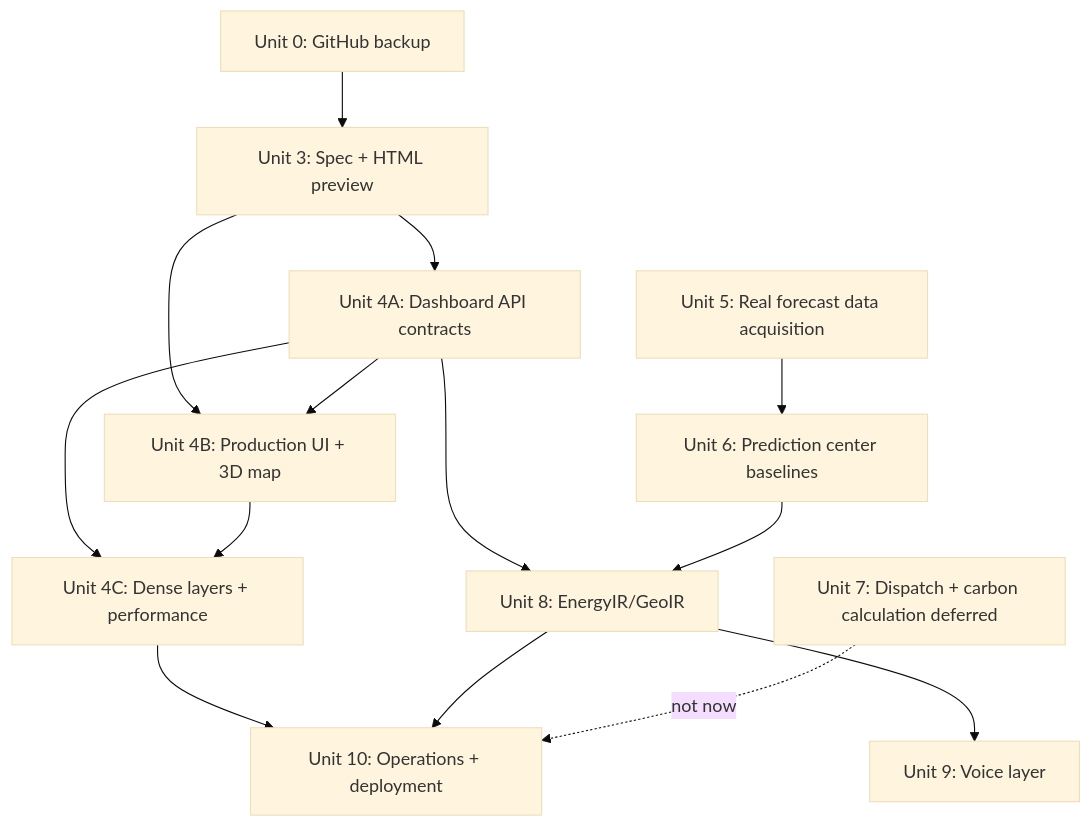
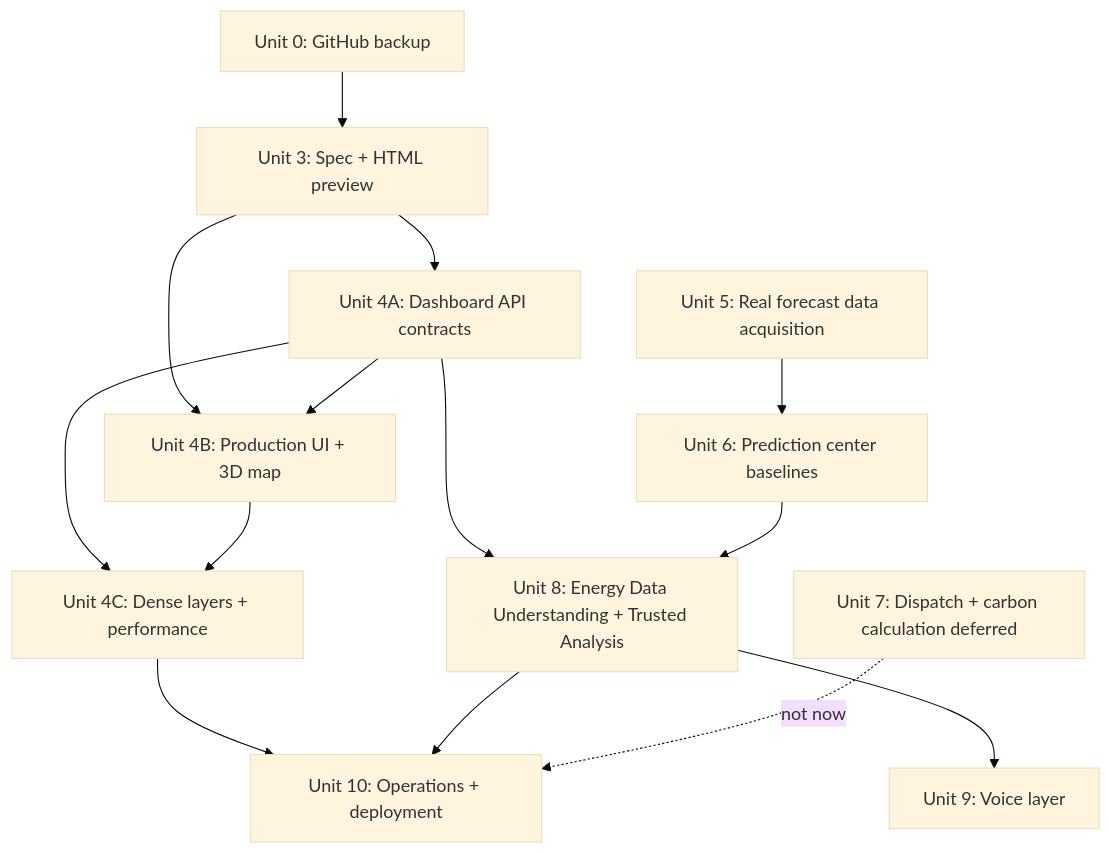
The first of 2 diagrams in docs/plans/2026-09-09-001-feat-china-dashboard-delivery-roadmap-plan.md (shelly-zyz/clone_website), drawn with Mermaid (base theme) before and after one commit. The commit also changed other lines of this file and 29 other files, not shown here.

````diff
--- a/docs/plans/2026-09-09-001-feat-china-dashboard-delivery-roadmap-plan.md
+++ b/docs/plans/2026-09-09-001-feat-china-dashboard-delivery-roadmap-plan.md
@@ -191,28 +191,28 @@
 ```mermaid
 flowchart TB
     U0["Unit 0: GitHub backup"]
     U3["Unit 3: Spec + HTML preview"]
     U4A["Unit 4A: Dashboard API contracts"]
     U4B["Unit 4B: Production UI + 3D map"]
     U4C["Unit 4C: Dense layers + performance"]
     U5["Unit 5: Real forecast data acquisition"]
     U6["Unit 6: Prediction center baselines"]
-    U8["Unit 8: EnergyIR/GeoIR"]
+    U8["Unit 8: Energy Data Understanding + Trusted Analysis"]
     U9["Unit 9: Voice layer"]
     U10["Unit 10: Operations + deployment"]
     U7["Unit 7: Dispatch + carbon calculation deferred"]
 
     U0 --> U3
     U3 --> U4A
     U3 --> U4B
     U4A --> U4B
     U4A --> U4C
     U4B --> U4C
     U5 --> U6
     U4A --> U8
     U6 --> U8
     U8 --> U9
     U4C --> U10
     U8 --> U10
     U7 -.not now.-> U10
 ```
````
